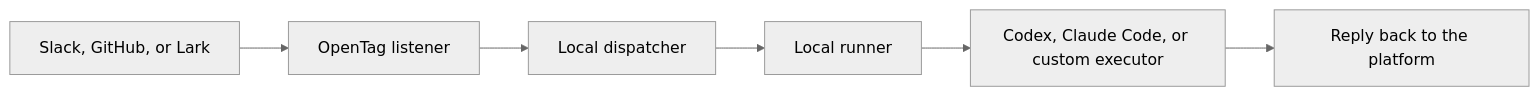
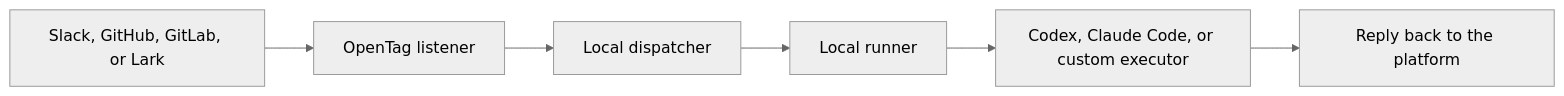
The diagram in README.md (amplifthq/opentag), drawn with Mermaid (neutral theme) before and after one commit. The commit also changed other lines of this file and 4 other files, not shown here.

First line of the commit message:
Align setup docs with GitLab support

````diff
--- a/README.md
+++ b/README.md
@@ -205,8 +206,8 @@
 ```mermaid
 flowchart LR
-    A["Slack, GitHub, or Lark"] --> B["OpenTag listener"]
+    A["Slack, GitHub, GitLab, or Lark"] --> B["OpenTag listener"]
     B --> C["Local dispatcher"]
     C --> D["Local runner"]
     D --> E["Codex, Claude Code, or custom executor"]
     E --> F["Reply back to the platform"]
 ```
````
